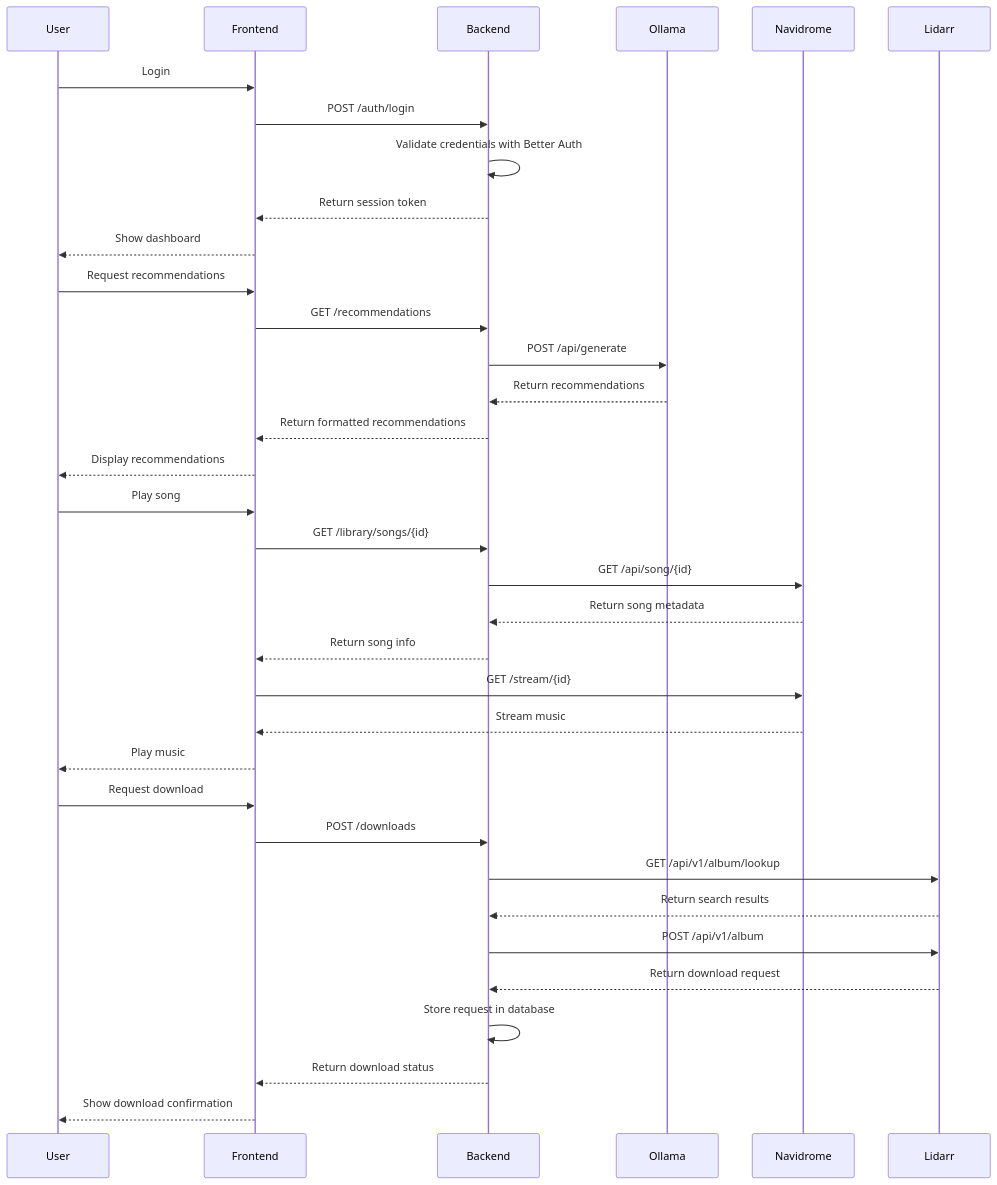
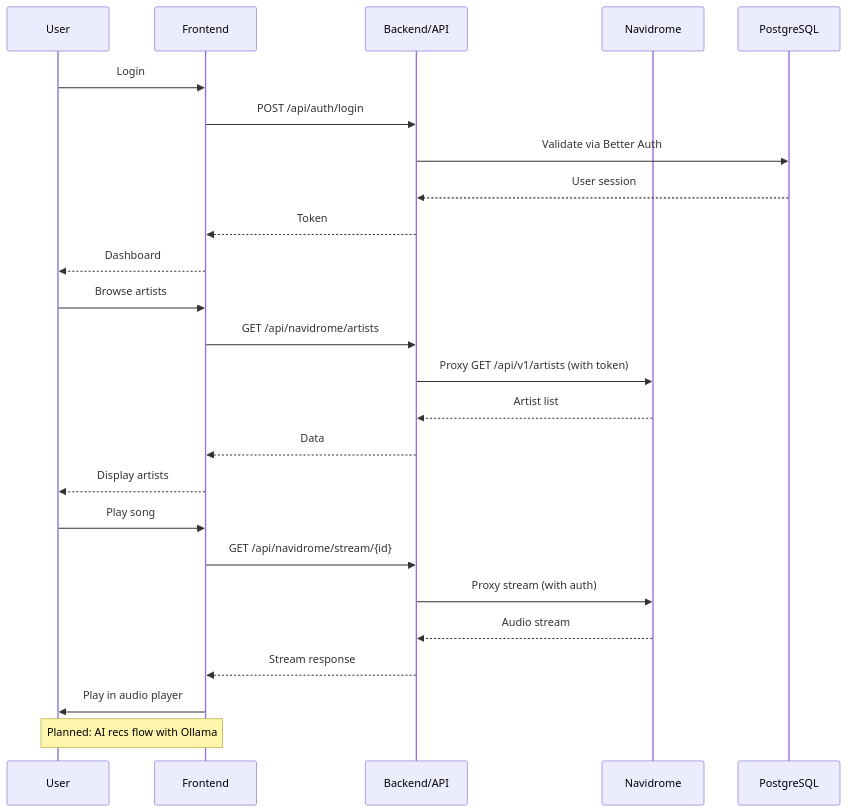
The second of 4 diagrams in docs/architecture.md (lolimmlost/aidj), drawn with Mermaid before and after one commit. The commit also changed other lines of this file and 5 other files, not shown here.

````diff
--- a/docs/architecture.md
+++ b/docs/architecture.md
@@ -538,41 +319,31 @@
 ```mermaid
 sequenceDiagram
     participant U as User
     participant F as Frontend
-    participant B as Backend
-    participant O as Ollama
+    participant B as Backend/API
     participant N as Navidrome
-    participant L as Lidarr
+    participant DB as PostgreSQL
 
     U->>F: Login
-    F->>B: POST /auth/login
-    B->>B: Validate credentials with Better Auth
-    B-->>F: Return session token
-    F-->>U: Show dashboard
+    F->>B: POST /api/auth/login
+    B->>DB: Validate via Better Auth
+    DB-->>B: User session
+    B-->>F: Token
+    F-->>U: Dashboard
 
-    U->>F: Request recommendations
-    F->>B: GET /recommendations
-    B->>O: POST /api/generate
-    O-->>B: Return recommendations
-    B-->>F: Return formatted recommendations
-    F-->>U: Display recommendations
+    U->>F: Browse artists
+    F->>B: GET /api/navidrome/artists
+    B->>N: Proxy GET /api/v1/artists (with token)
+    N-->>B: Artist list
+    B-->>F: Data
+    F-->>U: Display artists
 
     U->>F: Play song
-    F->>B: GET /library/songs/{id}
-    B->>N: GET /api/song/{id}
-    N-->>B: Return song metadata
-    B-->>F: Return song info
-    F->>N: GET /stream/{id}
-    N-->>F: Stream music
-    F-->>U: Play music
+    F->>B: GET /api/navidrome/stream/{id}
+    B->>N: Proxy stream (with auth)
+    N-->>B: Audio stream
+    B-->>F: Stream response
+    F->>U: Play in audio player
 
-    U->>F: Request download
-    F->>B: POST /downloads
-    B->>L: GET /api/v1/album/lookup
-    L-->>B: Return search results
-    B->>L: POST /api/v1/album
-    L-->>B: Return download request
-    B->>B: Store request in database
-    B-->>F: Return download status
-    F-->>U: Show download confirmation
+    Note over U,F: Planned: AI recs flow with Ollama
 ```
````
